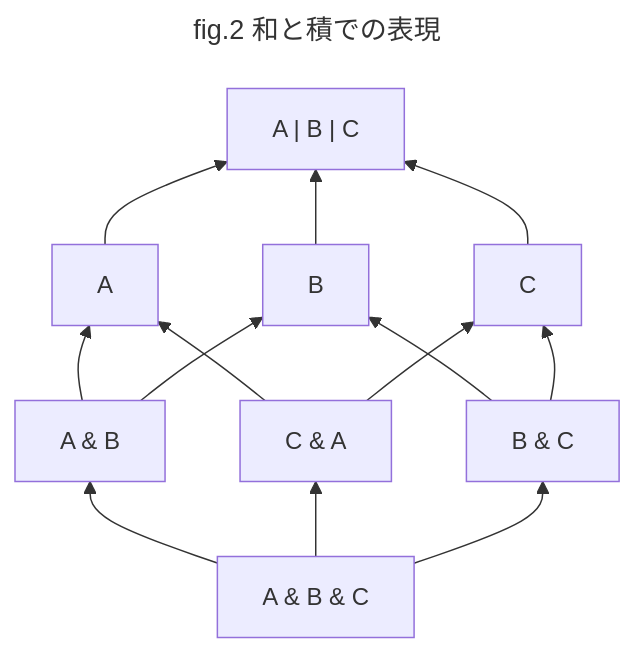
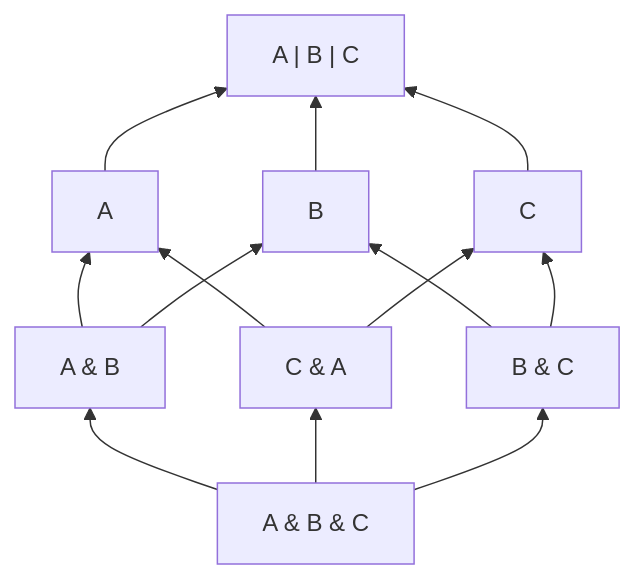
Before and after one commit to yo-goto/zenn-public-repo: the third of 14 diagrams in books/algebraic-subtyping-models/6-ast-set-theoretic-model.md, drawn with Mermaid. The commit also changed other lines of this file, not shown here.

Commit message:
🐛 fix(chapter): 集合論の章でmermaidグラフからタイトルを除去(数字管理が面倒なので)

````diff
--- a/books/algebraic-subtyping-models/6-ast-set-theoretic-model.md
+++ b/books/algebraic-subtyping-models/6-ast-set-theoretic-model.md
@@ -286,22 +283,19 @@
 ```mermaid
----
-title: fig.2 和と積での表現
----
 graph BT
   B["A & B & C"]
   X["A & B"]
   Y["C & A"]
   Z["B & C"]
   XY["A"]
   ZX["B"]
   YZ["C"]
   T["A | B | C"]
   B --> X & Y & Z
   X --> XY
   Y --> XY
   Z --> ZX
   Y --> YZ
   X --> ZX
   Z --> YZ
   XY & YZ & ZX --> T
 ```
````
